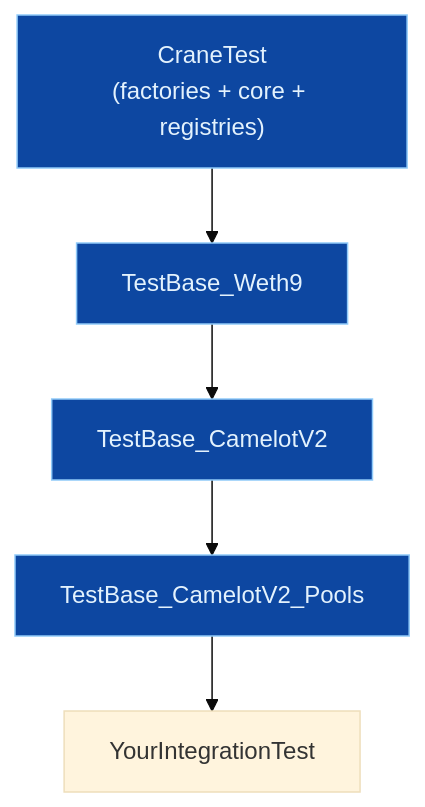
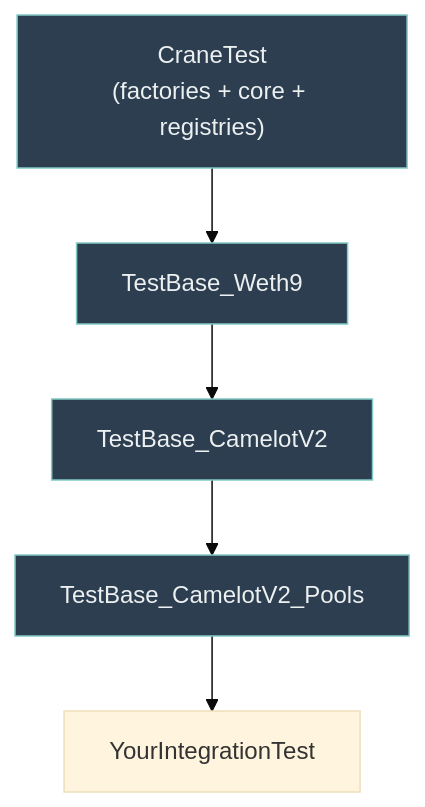
The diagram in docs/development/testing.md (cyotee/crane), drawn with Mermaid (base theme) before and after one commit. The commit also changed 5 other files, not shown here.

First line of the commit message:
docs: dark-theme Mermaid colors (readable facet labels)

````diff
--- a/docs/development/testing.md
+++ b/docs/development/testing.md
@@ -94,11 +94,11 @@
 ```mermaid
 flowchart TB
     CraneTest["CraneTest<br/>(factories + core + registries)"]
     CraneTest --> Weth["TestBase_Weth9"]
     Weth --> Camelot["TestBase_CamelotV2"]
     Camelot --> Pools["TestBase_CamelotV2_Pools"]
     Pools --> Your["YourIntegrationTest"]
 
-    classDef base fill:#0d47a1,stroke:#90caf9,color:#e3f2fd
+    classDef base fill:#2c3e50,stroke:#80cbc4,color:#ecf0f1
     class CraneTest,Weth,Camelot,Pools base
 ```
````
